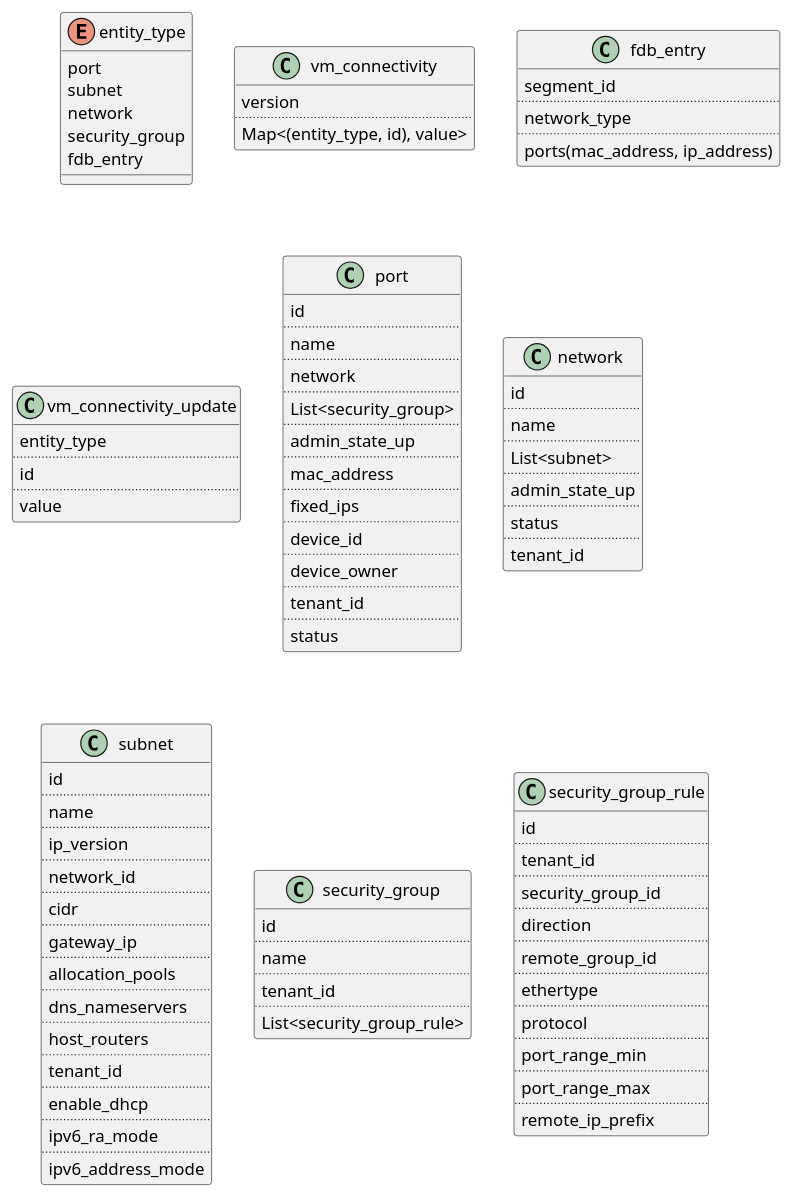
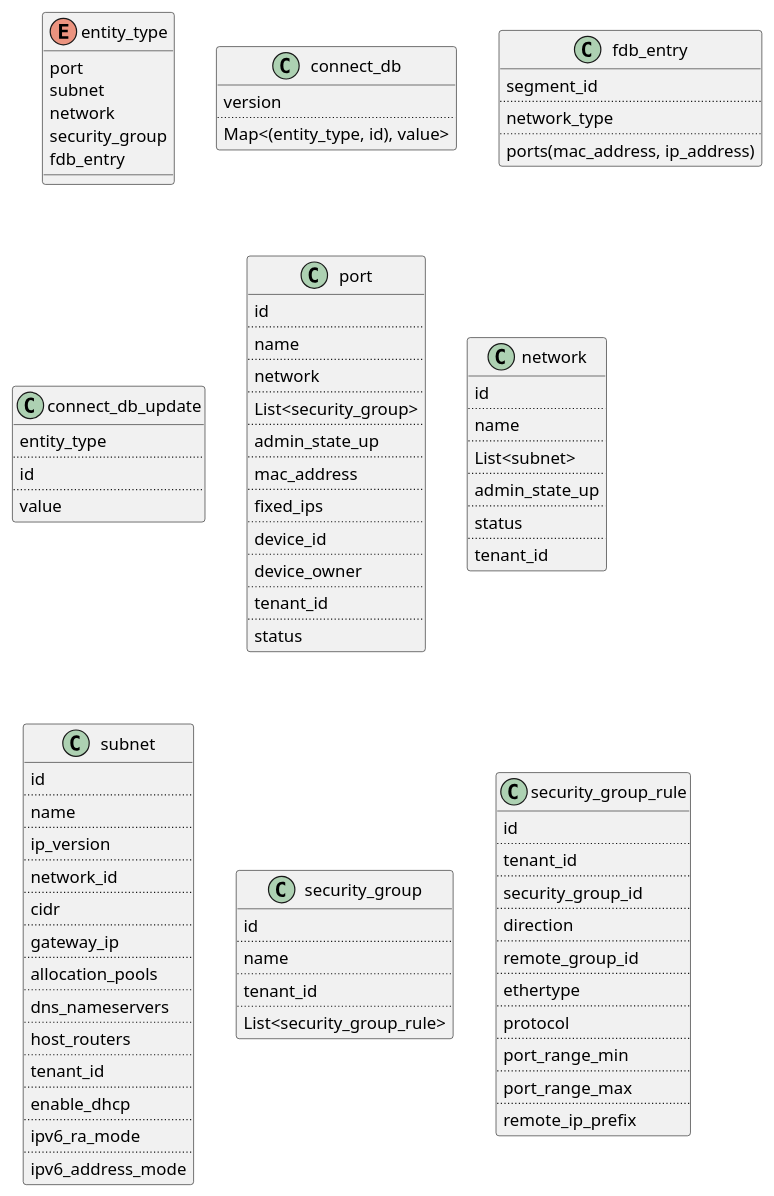
Before and after one commit to lionelz/networking-bambuk: the diagram in doc/source/bambuk_agent_data.puml, drawn with PlantUML. The commit also changed 24 other files, not shown here.

```diff
--- a/doc/source/bambuk_agent_data.puml
+++ b/doc/source/bambuk_agent_data.puml
@@ -1,131 +1,131 @@
 @startuml
 
 enum entity_type {
     port
     subnet
     network
     security_group
     fdb_entry
 }
 
-class vm_connectivity {
+class connect_db {
     version
     ..
     Map<(entity_type, id), value>
 }
 
 class fdb_entry {
     segment_id
     ..
     network_type
     ..
     ports(mac_address, ip_address)
 }
 
-class vm_connectivity_update {
+class connect_db_update {
     entity_type
     ..
     id
     ..
     value
 }
 
 class port {
     id
     ..
     name
     ..
     network
     ..
     List<security_group>
     ..
     admin_state_up
     ..
     mac_address
     ..
     fixed_ips
     ..
     device_id
     ..
     device_owner
     ..
     tenant_id
     ..
     status
 }
 
 class network {
     id
     ..
     name
     ..
     List<subnet>
     ..
     admin_state_up
     ..
     status
     ..
     tenant_id
 }
 
 class subnet {
     id
     ..
     name
     ..
     ip_version
     ..
     network_id
     ..
     cidr
     ..
     gateway_ip
     ..
     allocation_pools
     ..
     dns_nameservers
     ..
     host_routers
     ..
     tenant_id
     ..
     enable_dhcp
     ..
     ipv6_ra_mode
     ..
     ipv6_address_mode
 }
 
 class security_group {
     id
     ..
     name
     ..
     tenant_id
     ..
     List<security_group_rule>
 }
 
 class security_group_rule {
     id
     ..
     tenant_id
     ..
     security_group_id
     ..
     direction
     ..
     remote_group_id
     ..
     ethertype
     ..
     protocol
     ..
     port_range_min
     ..
     port_range_max
     ..
     remote_ip_prefix
 }
 
 @enduml
```
